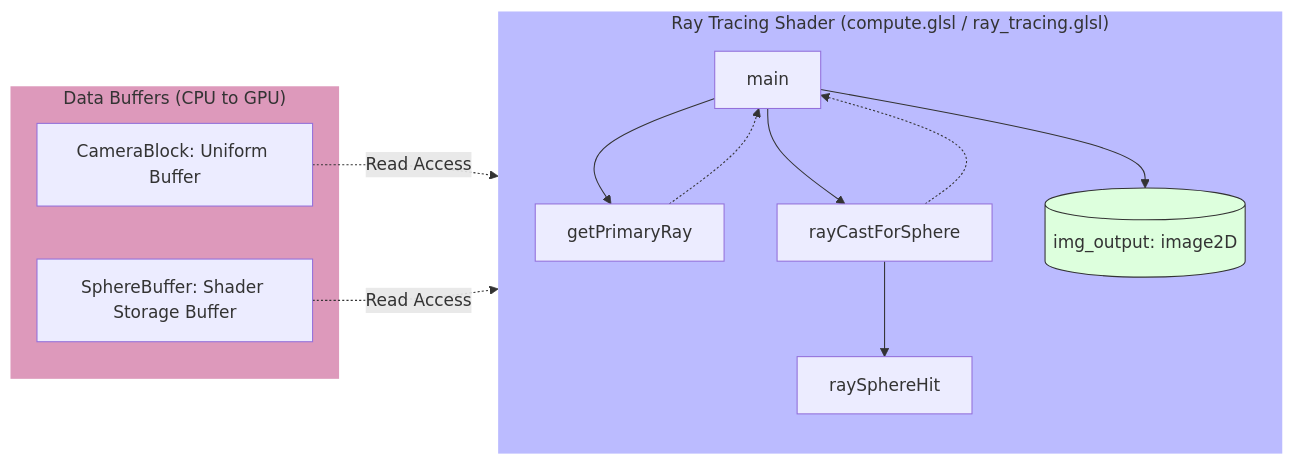
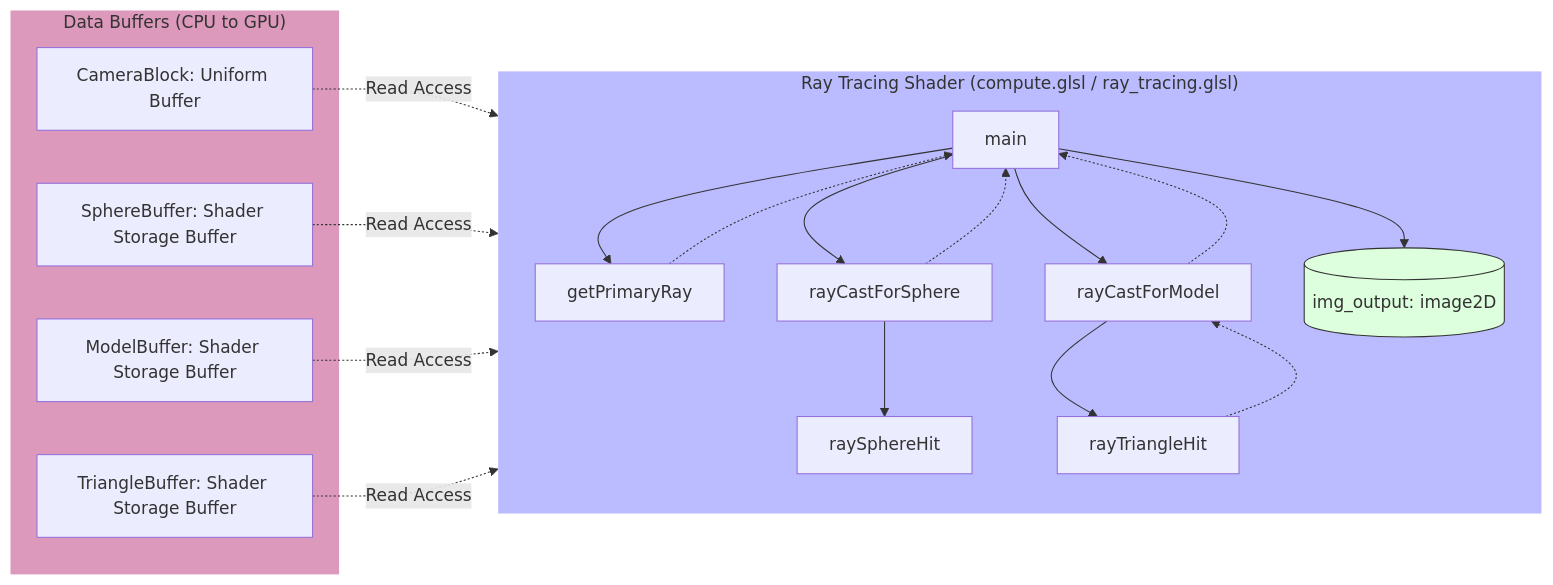
The fourth of 4 diagrams in doc/guide.md (LEE-CHI-HSUAN/GL-Ray-Tracer), drawn with Mermaid before and after one commit. The commit also changed other lines of this file and 4 other files, not shown here.

````diff
--- a/doc/guide.md
+++ b/doc/guide.md
@@ -192,35 +225,46 @@
 ```mermaid
 ---
 config:
   flowchart:
     curve: basis
 ---
 graph LR
     subgraph Buffers ["Data Buffers (CPU to GPU)"]
         CB[CameraBlock: Uniform Buffer]
         SB[SphereBuffer: Shader Storage Buffer]
+        MB[ModelBuffer: Shader Storage Buffer]
+        TB[TriangleBuffer: Shader Storage Buffer]
     end
 
     subgraph Shader ["Ray Tracing Shader (compute.glsl / ray_tracing.glsl)"]
         direction TB
         Main[main]
         GPR[getPrimaryRay]
         RCFS[rayCastForSphere]
         RSH[raySphereHit]
         Output[(img_output: image2D)]
+        RCFM[rayCastForModel]
+        RTH[rayTriangleHit]
+        
 
         Main --> GPR
         Main --> RCFS
         RCFS --> RSH
+        Main --> RCFM
+        RCFM --> RTH
         Main --> Output
     end
 
     CB -.-> |Read Access| GPR
     SB -.-> |Read Access| RCFS
+    MB -.-> |Read Access| RCFM
+    TB -.-> |Read Access| RTH
     GPR -.-> Main
     RCFS -.-> Main
+    RCFM -.-> Main
+    RTH -.-> RCFM
     
     style Buffers fill:#d9b,stroke:#333,stroke-width:0px
     style Shader fill:#bbf,stroke:#333,stroke-width:0px
     style Output fill:#dfd,stroke:#333,stroke-width:1px
 ```
````
